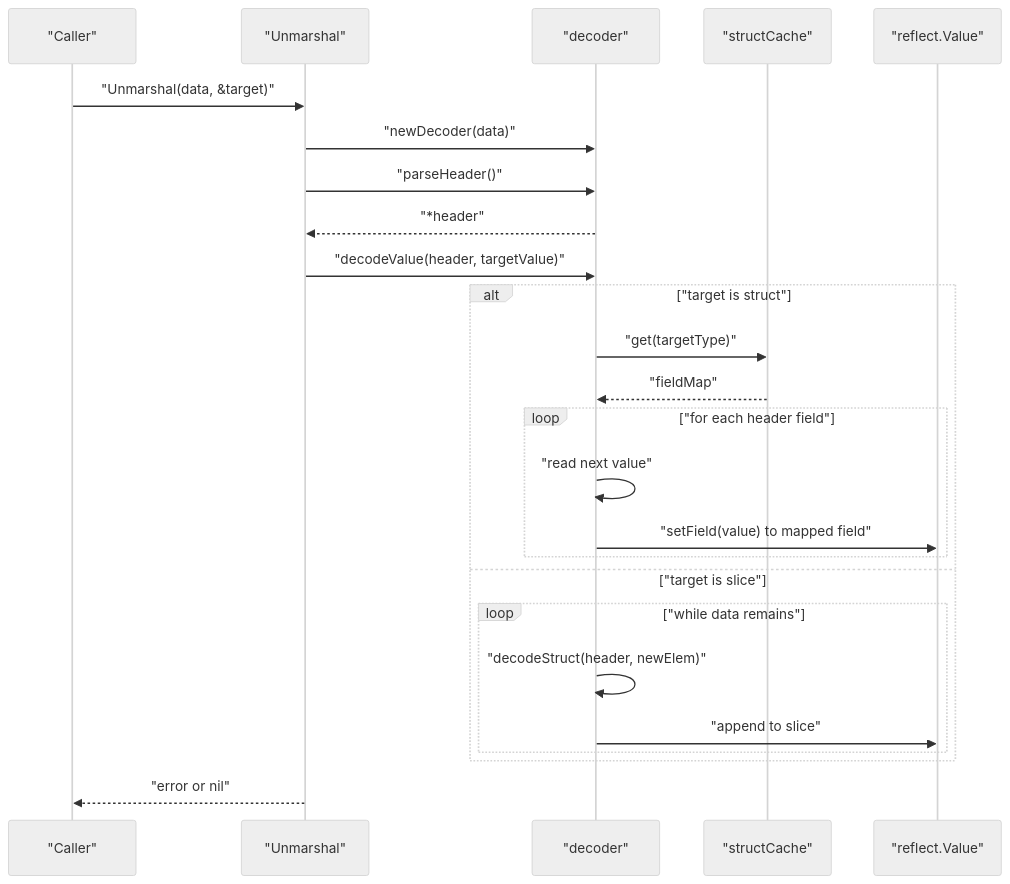
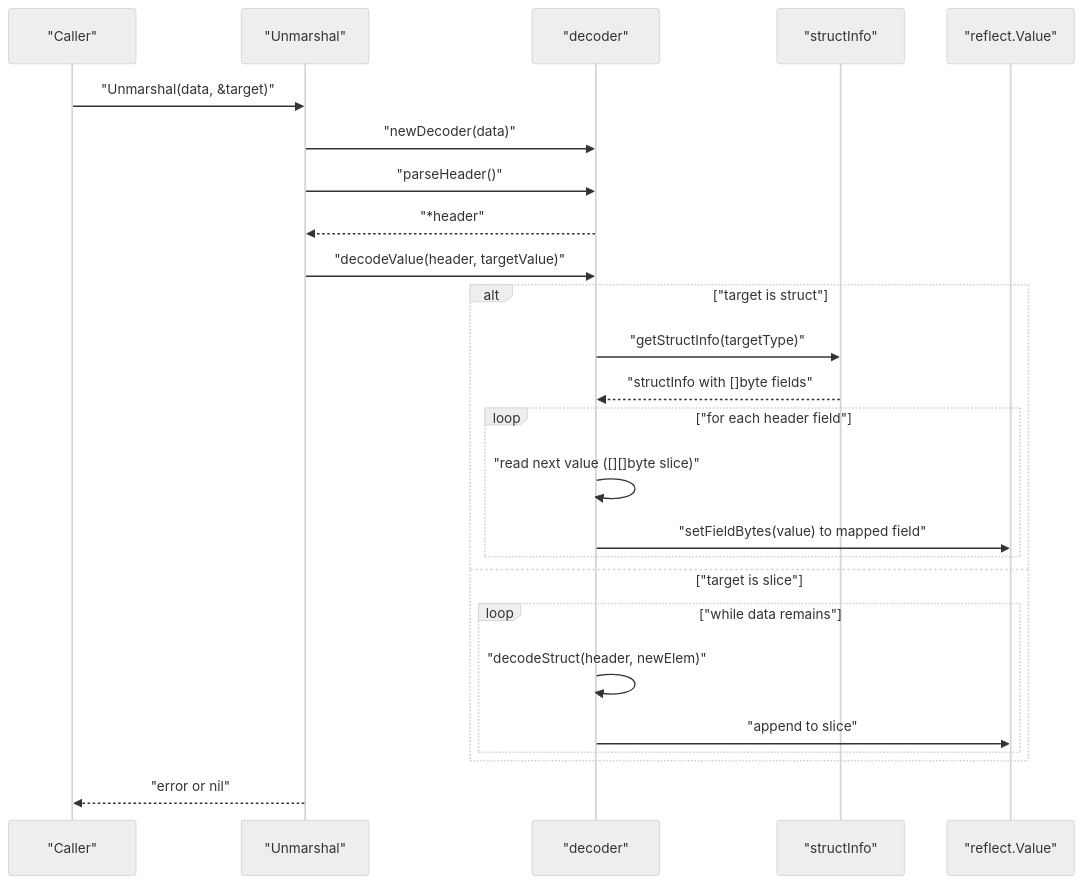
Before and after one commit to OTumanov/go-toon: the second of 5 diagrams in .qoder/repowiki/en/content/Advanced Unmarshaling System.md, drawn with Mermaid (neutral theme). The commit also changed other lines of this file and 6 other files, not shown here.

````diff
--- a/.qoder/repowiki/en/content/Advanced Unmarshaling System.md
+++ b/.qoder/repowiki/en/content/Advanced Unmarshaling System.md
@@ -90,27 +107,27 @@
 ```mermaid
 sequenceDiagram
 participant Caller as "Caller"
 participant API as "Unmarshal"
 participant Dec as "decoder"
-participant Cache as "structCache"
+participant Cache as "structInfo"
 participant RT as "reflect.Value"
 Caller->>API : "Unmarshal(data, &target)"
 API->>Dec : "newDecoder(data)"
 API->>Dec : "parseHeader()"
 Dec-->>API : "*header"
 API->>Dec : "decodeValue(header, targetValue)"
 alt "target is struct"
-Dec->>Cache : "get(targetType)"
-Cache-->>Dec : "fieldMap"
+Dec->>Cache : "getStructInfo(targetType)"
+Cache-->>Dec : "structInfo with []byte fields"
 loop "for each header field"
-Dec->>Dec : "read next value"
-Dec->>RT : "setField(value) to mapped field"
+Dec->>Dec : "read next value ([][]byte slice)"
+Dec->>RT : "setFieldBytes(value) to mapped field"
 end
 else "target is slice"
 loop "while data remains"
 Dec->>Dec : "decodeStruct(header, newElem)"
 Dec->>RT : "append to slice"
 end
 end
 API-->>Caller : "error or nil"
 ```
````
